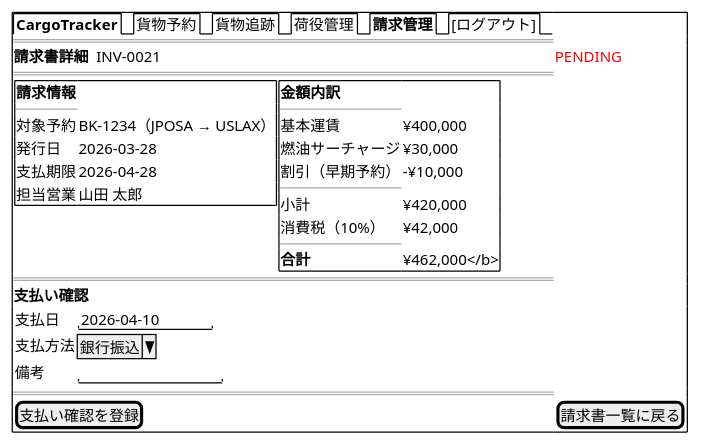
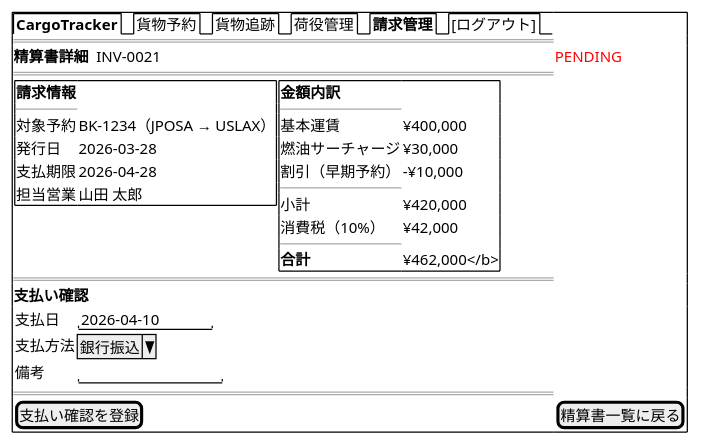
One commit to k2works/case-study-cargo-tracker changed diagram 22 of 25 in docs/design/ui_design.md. Above: the diagram before and after it, drawn with PlantUML. The commit also changed other lines of this file and 4 other files, not shown here.

````diff
--- a/docs/design/ui_design.md
+++ b/docs/design/ui_design.md
@@ -1179,41 +1179,41 @@
 ```plantuml
 @startsalt
 {+
   {/ <b>CargoTracker</b> | 貨物予約 | 貨物追跡 | 荷役管理 | <b>請求管理</b> | [ログアウト] }
   ==
-  <b>請求書詳細</b>  INV-0021  |  <color:red>PENDING</color>
+  <b>精算書詳細</b>  INV-0021  |  <color:red>PENDING</color>
   ==
   {
     {+
       <b>請求情報</b>
       ----
       対象予約   | BK-1234（JPOSA → USLAX）
       発行日     | 2026-03-28
       支払期限   | 2026-04-28
       担当営業   | 山田 太郎
     } |
     {+
       <b>金額内訳</b>
       ----
       基本運賃   | ¥400,000
       燃油サーチャージ | ¥30,000
       割引（早期予約） | -¥10,000
       ----
       小計       | ¥420,000
       消費税（10%）   | ¥42,000
       ----
       <b>合計     | ¥462,000</b>
     }
   }
   ==
   <b>支払い確認</b>
   {
     支払日    | "2026-04-10   "
     支払方法  | ^銀行振込^
     備考      | "              "
   }
   ==
-  [支払い確認を登録] | [請求書一覧に戻る]
+  [支払い確認を登録] | [精算書一覧に戻る]
 }
 @endsalt
 ```
````
